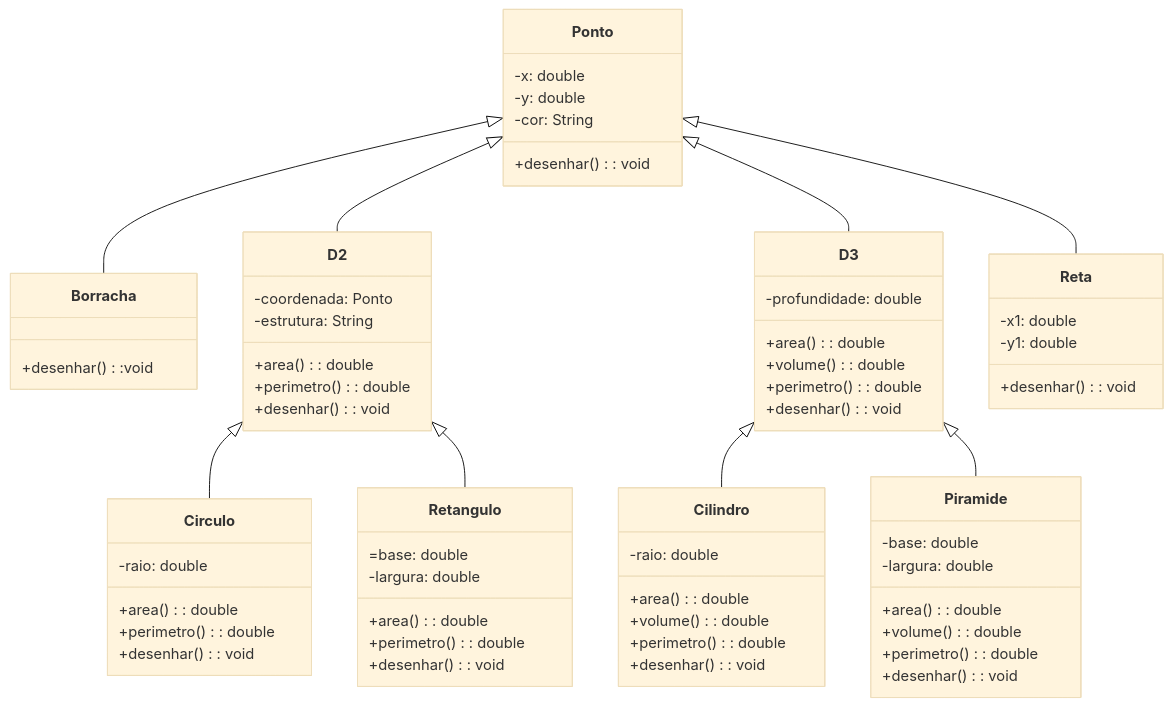
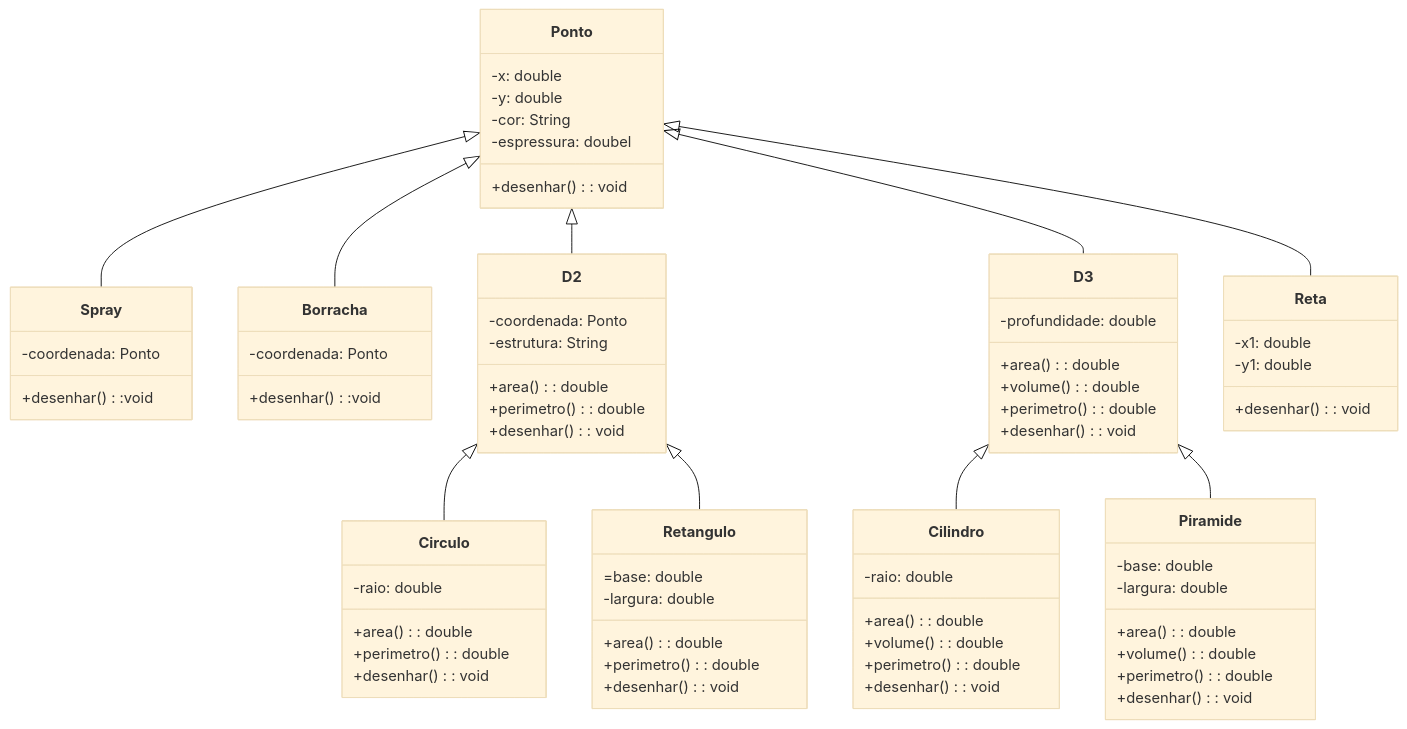
Before and after one commit to StephanyeCunto/PaintBrush: the diagram in README.md, drawn with Mermaid (base theme).

```diff
--- a/README.md
+++ b/README.md
@@ -74,10 +74,17 @@
         -x: double
         -y: double
         -cor: String
+         -espressura: doubel
         +desenhar(): void
     }
 
+class Spray{
+   -coordenada: Ponto
+   +desenhar():void
+}
+
 class Borracha{
+        -coordenada: Ponto
    +desenhar():void
 }
 
@@ -138,6 +145,7 @@
     Ponto <|-- D2
     Ponto <|-- D3
     Ponto <|-- Reta
+Ponto<|-- Spray
    Ponto<|-- Borracha
     D2 <|-- Circulo
     D2 <|-- Retangulo
```
